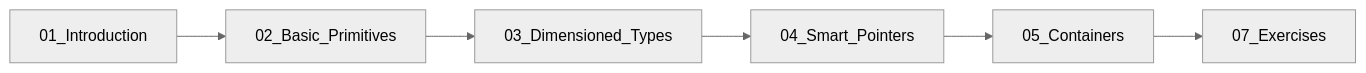
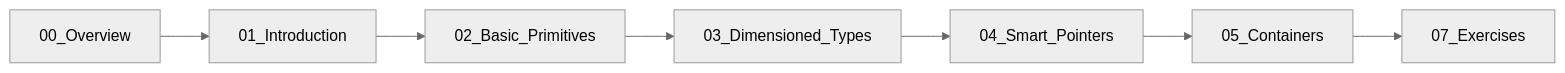
One commit to wramet/build-my-cfd changed the third of 3 diagrams in MODULE_05_OPENFOAM_PROGRAMMING/CONTENT/01_FOUNDATION_PRIMITIVES/00_Overview.md. Above: the diagram before and after it, drawn with Mermaid (neutral theme). The commit also changed other lines of this file and 124 other files, not shown here.

````diff
--- a/MODULE_05_OPENFOAM_PROGRAMMING/CONTENT/01_FOUNDATION_PRIMITIVES/00_Overview.md
+++ b/MODULE_05_OPENFOAM_PROGRAMMING/CONTENT/01_FOUNDATION_PRIMITIVES/00_Overview.md
@@ -146,8 +316,9 @@
 ```mermaid
 flowchart LR
-    A[01_Introduction] --> B[02_Basic_Primitives]
-    B --> C[03_Dimensioned_Types]
-    C --> D[04_Smart_Pointers]
-    D --> E[05_Containers]
-    E --> F[07_Exercises]
+    A[00_Overview] --> B[01_Introduction]
+    B --> C[02_Basic_Primitives]
+    C --> D[03_Dimensioned_Types]
+    D --> E[04_Smart_Pointers]
+    E --> F[05_Containers]
+    F --> G[07_Exercises]
 ```
````
